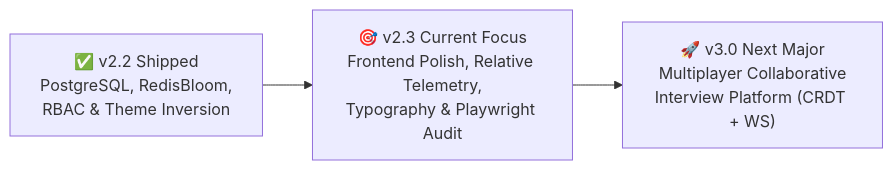
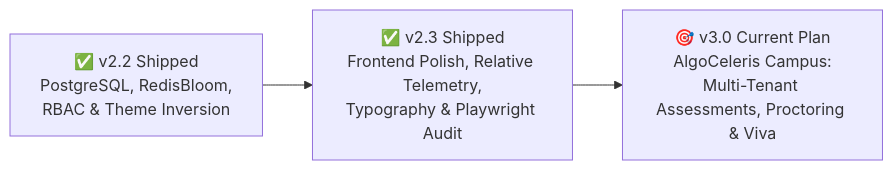
One commit to Nishank15/algoceleris changed the first of 2 diagrams in IMPLEMENTATION_PLAN.md. Above: the diagram before and after it, drawn with Mermaid. The commit also changed other lines of this file and 39 other files, not shown here.

````diff
--- a/IMPLEMENTATION_PLAN.md
+++ b/IMPLEMENTATION_PLAN.md
@@ -16,5 +16,5 @@
 ```mermaid
 graph LR
-    v2_2["✅ v2.2 Shipped<br/>PostgreSQL, RedisBloom,<br/>RBAC & Theme Inversion"] --> v2_3["🎯 v2.3 Current Focus<br/>Frontend Polish, Relative Telemetry,<br/>Typography & Playwright Audit"]
-    v2_3 --> v3_0["🚀 v3.0 Next Major<br/>Multiplayer Collaborative<br/>Interview Platform (CRDT + WS)"]
+    v2_2["✅ v2.2 Shipped<br/>PostgreSQL, RedisBloom,<br/>RBAC & Theme Inversion"] --> v2_3["✅ v2.3 Shipped<br/>Frontend Polish, Relative Telemetry,<br/>Typography & Playwright Audit"]
+    v2_3 --> v3_0["🎯 v3.0 Current Plan<br/>AlgoCeleris Campus:<br/>Multi-Tenant Assessments, Proctoring & Viva"]
 ```
````
